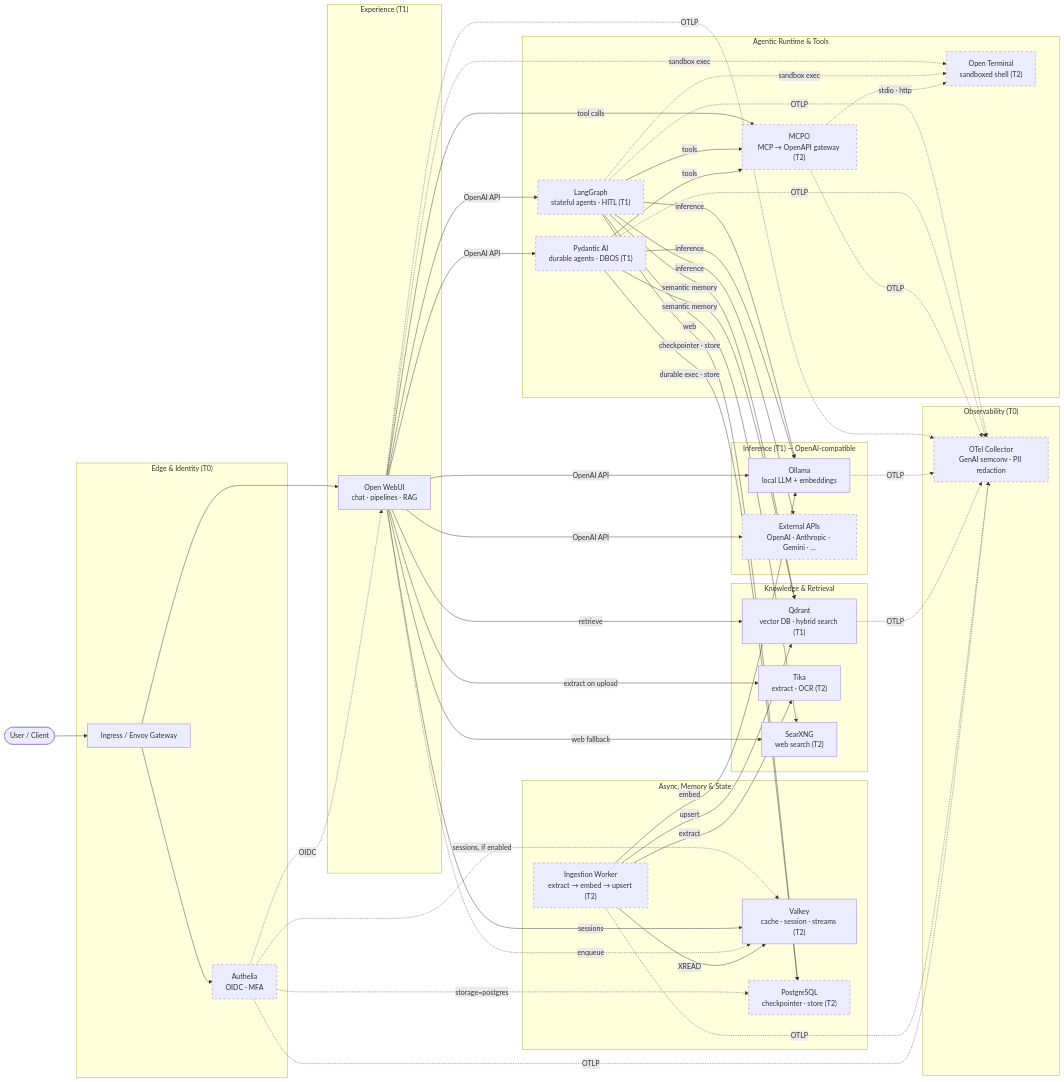
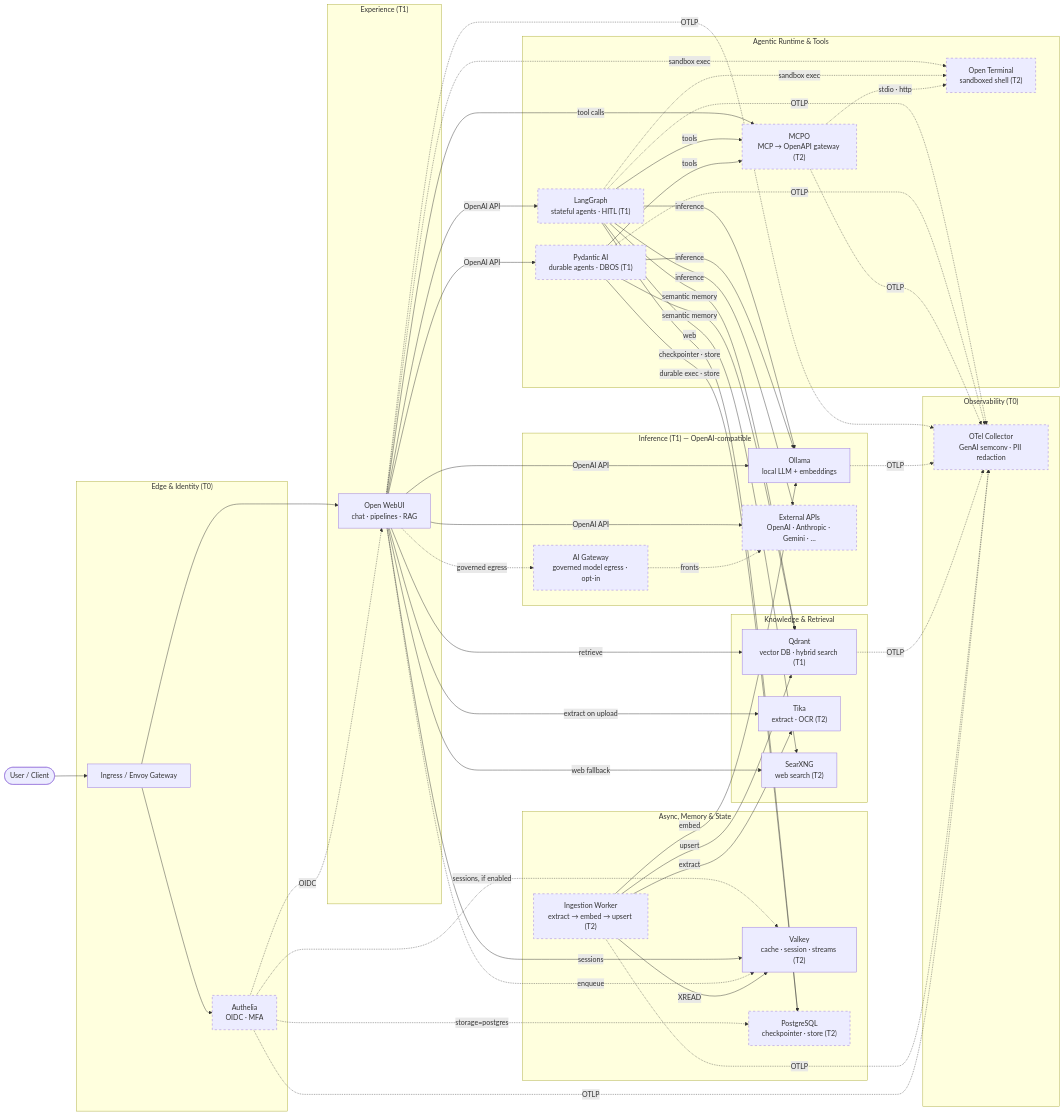
The diagram in README.md (rmednitzer/ai-stack), drawn with Mermaid before and after one commit. The commit also changed other lines of this file and 21 other files, not shown here.

````diff
--- a/README.md
+++ b/README.md
@@ -59,6 +59,7 @@
   subgraph Inference["Inference (T1) — OpenAI-compatible"]
     Ollama["Ollama<br/>local LLM + embeddings"]
     ExternalAPIs["External APIs<br/>OpenAI · Anthropic · Gemini · …"]
+    AIGateway["AI Gateway<br/>governed model egress · opt-in"]
   end
 
   subgraph Knowledge["Knowledge & Retrieval"]
@@ -138,6 +139,10 @@
   IngestionWorker -.->|OTLP| OTel
   Authelia -.->|OTLP| OTel
 
+  %% Governed model egress (opt-in, ADR-006): fronts Ollama + external providers
+  OpenWebUI -.->|governed egress| AIGateway
+  AIGateway -.->|fronts| ExternalAPIs
+
   classDef optIn stroke-dasharray: 5 5
-  class Authelia,LangGraph,PydanticAI,MCPO,OpenTerminal,IngestionWorker,Postgres,ExternalAPIs,OTel optIn
+  class Authelia,LangGraph,PydanticAI,MCPO,OpenTerminal,IngestionWorker,Postgres,ExternalAPIs,OTel,AIGateway optIn
 ```
````
